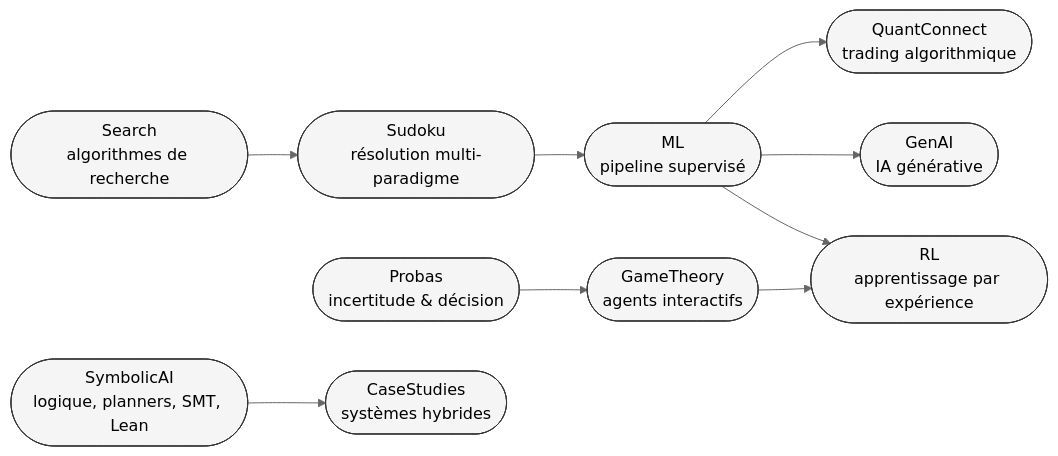
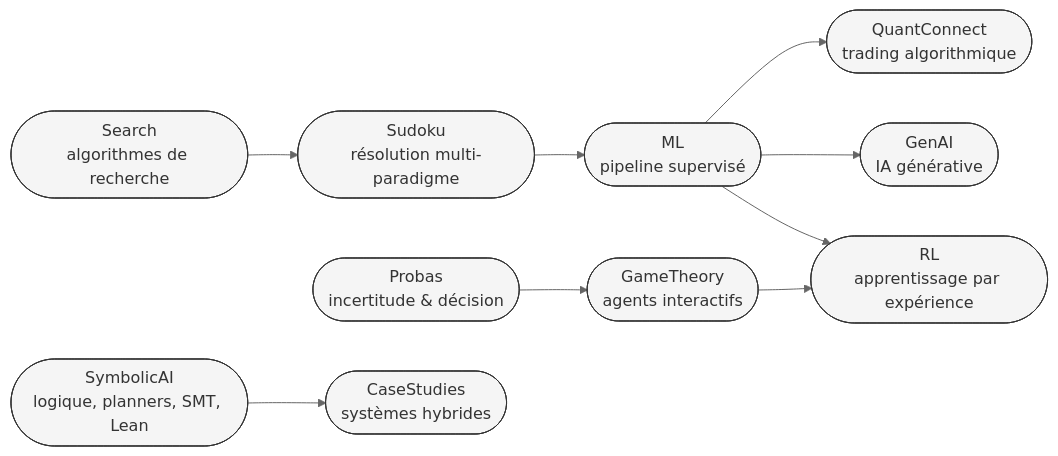
The first of 2 diagrams in README.md (jsboige/CoursIA), drawn with Mermaid (neutral theme) before and after one commit. The commit also changed other lines of this file and 3 other files, not shown here.

First line of the commit message:
fix(docs,#15516): color: explicite sur les regles mermaid fill: des READMEs racine/Notebooks/ML/SymbolicAI (4 fichiers, 18 regles)

````diff
--- a/README.md
+++ b/README.md
@@ -49,14 +49,15 @@
 ```mermaid
 flowchart LR
     Search(["Search<br/>algorithmes de recherche"]) --> Sudoku(["Sudoku<br/>résolution multi-paradigme"])
     Sudoku --> ML(["ML<br/>pipeline supervisé"])
     ML --> RL(["RL<br/>apprentissage par expérience"])
     ML --> GenAI(["GenAI<br/>IA générative"])
     ML --> QuantConnect(["QuantConnect<br/>trading algorithmique"])
     Probas(["Probas<br/>incertitude & décision"]) --> GameTheory(["GameTheory<br/>agents interactifs"])
     GameTheory --> RL
     SymbolicAI(["SymbolicAI<br/>logique, planners, SMT, Lean"]) --> CaseStudies(["CaseStudies<br/>systèmes hybrides"])
 
-    classDef track fill:#f5f5f5,stroke:#333,stroke-width:1px;
+    %% color: explicite -- sans lui, libelle clair sur fond clair en mode sombre GitHub (#15022) ; ton parfois plus fonce que le stroke (le stroke en couleur de texte rendrait infer illisible) : ne pas harmoniser
+    classDef track fill:#f5f5f5,stroke:#333,stroke-width:1px,color:#333;
     class Search,Sudoku,ML,RL,Probas,GameTheory,SymbolicAI,CaseStudies,GenAI,QuantConnect track;
 ```
````
